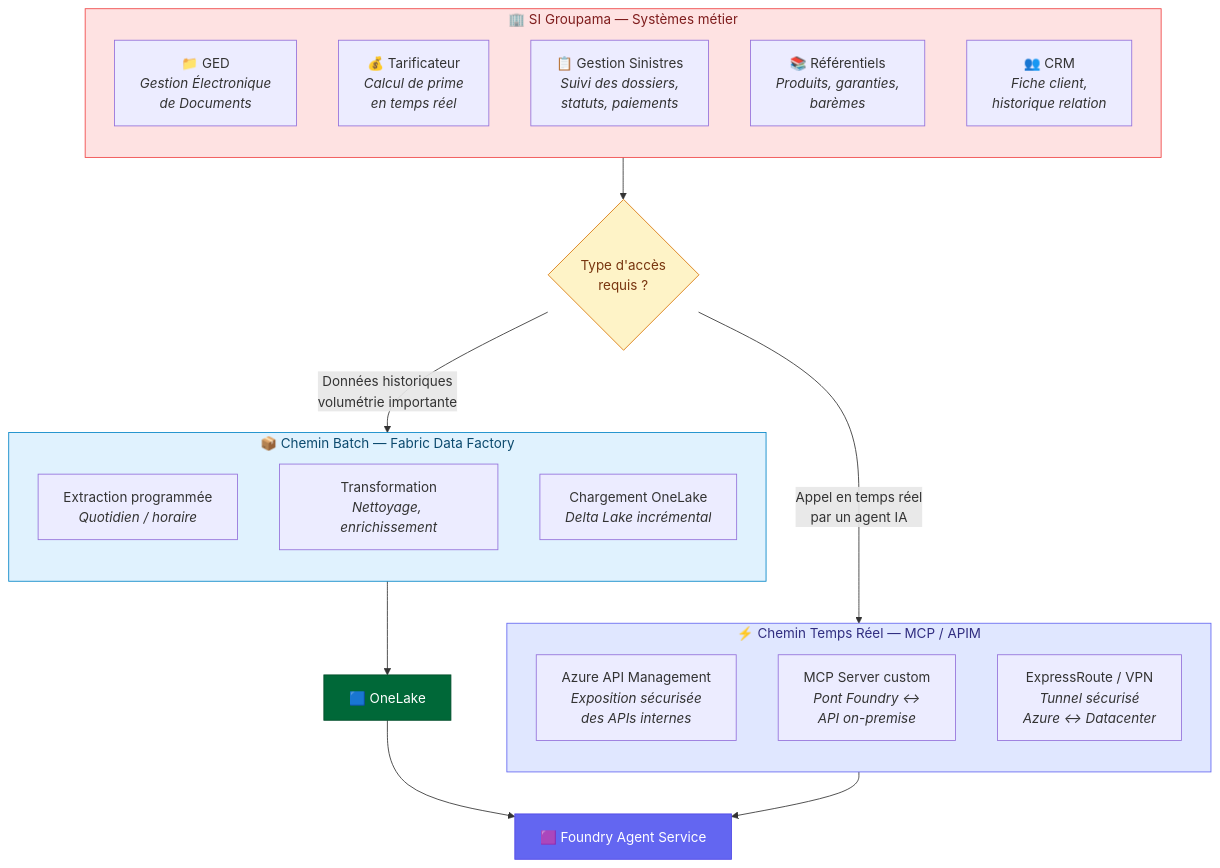
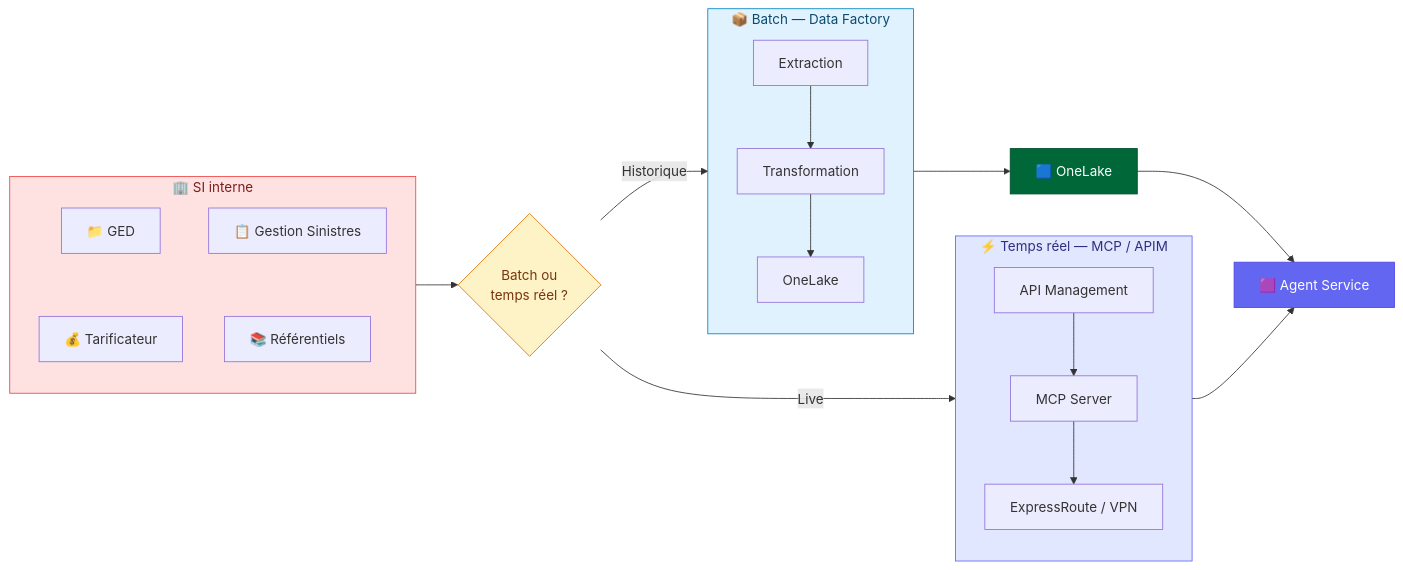
One commit to olivMertens/WorkbenchIQ changed the fifth of 20 diagrams in docs/ARCHITECTURE-AGENTIC-V2-TARGET.md. Above: the diagram before and after it, drawn with Mermaid. The commit also changed other lines of this file and 6 other files, not shown here.

First line of the commit message:
Architecture docs: hybrid strategy, HITL, FAQ data locality, pipeline detail, PDF generator

````diff
--- a/docs/ARCHITECTURE-AGENTIC-V2-TARGET.md
+++ b/docs/ARCHITECTURE-AGENTIC-V2-TARGET.md
@@ -288,43 +221,26 @@
 ```mermaid
-flowchart TD
-    subgraph SI_GROUPAMA["🏢 SI Groupama — Systèmes métier"]
-        direction TB
-        GED["📁 GED<br/><i>Gestion Électronique<br/>de Documents</i>"]
-        TARIF["💰 Tarificateur<br/><i>Calcul de prime<br/>en temps réel</i>"]
-        SINISTRE["📋 Gestion Sinistres<br/><i>Suivi des dossiers,<br/>statuts, paiements</i>"]
-        REF["📚 Référentiels<br/><i>Produits, garanties,<br/>barèmes</i>"]
-        CRM["👥 CRM<br/><i>Fiche client,<br/>historique relation</i>"]
+flowchart LR
+    subgraph SI["🏢 SI interne"]
+        GED["📁 GED"] ~~~ TARIF["💰 Tarificateur"]
+        SINISTRE["📋 Gestion Sinistres"] ~~~ REF["📚 Référentiels"]
     end
-
-    NEED{"Type d'accès<br/>requis ?"}
-
-    subgraph BATCH["📦 Chemin Batch — Fabric Data Factory"]
-        direction TB
-        B1["Extraction programmée<br/><i>Quotidien / horaire</i>"]
-        B2["Transformation<br/><i>Nettoyage, enrichissement</i>"]
-        B3["Chargement OneLake<br/><i>Delta Lake incrémental</i>"]
+    NEED{"Batch ou<br/>temps réel ?"}
+    subgraph BATCH["📦 Batch — Data Factory"]
+        B1["Extraction"] --> B2["Transformation"] --> B3["OneLake"]
     end
-
-    subgraph REALTIME["⚡ Chemin Temps Réel — MCP / APIM"]
-        direction TB
-        APIM["Azure API Management<br/><i>Exposition sécurisée<br/>des APIs internes</i>"]
-        MCP["MCP Server custom<br/><i>Pont Foundry ↔<br/>API on-premise</i>"]
-        VPN["ExpressRoute / VPN<br/><i>Tunnel sécurisé<br/>Azure ↔ Datacenter</i>"]
+    subgraph REALTIME["⚡ Temps réel — MCP / APIM"]
+        APIM["API Management"] --> MCP["MCP Server"] --> VPN["ExpressRoute / VPN"]
     end
-
-    SI_GROUPAMA --> NEED
-    NEED -->|"Données historiques<br/>volumétrie importante"| BATCH
-    NEED -->|"Appel en temps réel<br/>par un agent IA"| REALTIME
-
-    BATCH --> ONELAKE["🟦 OneLake"]
-    REALTIME --> FOUNDRY["🟪 Foundry Agent Service"]
-
-    ONELAKE --> FOUNDRY
-
-    style SI_GROUPAMA fill:#fee2e2,stroke:#ef4444,color:#7f1d1d
+    SI --> NEED
+    NEED -->|"Historique"| BATCH
+    NEED -->|"Live"| REALTIME
+    BATCH --> OL["🟦 OneLake"]
+    REALTIME --> FD["🟪 Agent Service"]
+    OL --> FD
+    style SI fill:#fee2e2,stroke:#ef4444,color:#7f1d1d
     style NEED fill:#fef3c7,stroke:#d97706,color:#78350f
     style BATCH fill:#e0f2fe,stroke:#0284c7,color:#0c4a6e
     style REALTIME fill:#e0e7ff,stroke:#6366f1,color:#312e81
-    style ONELAKE fill:#006838,stroke:#004d2a,color:#fff
-    style FOUNDRY fill:#6366f1,stroke:#4f46e5,color:#fff
+    style OL fill:#006838,stroke:#004d2a,color:#fff
+    style FD fill:#6366f1,stroke:#4f46e5,color:#fff
 ```
````
